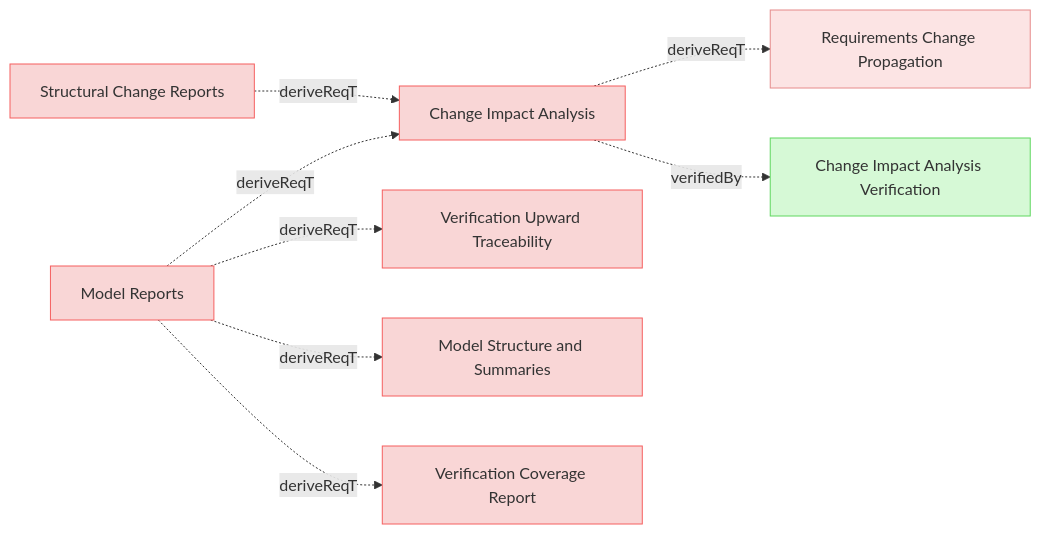
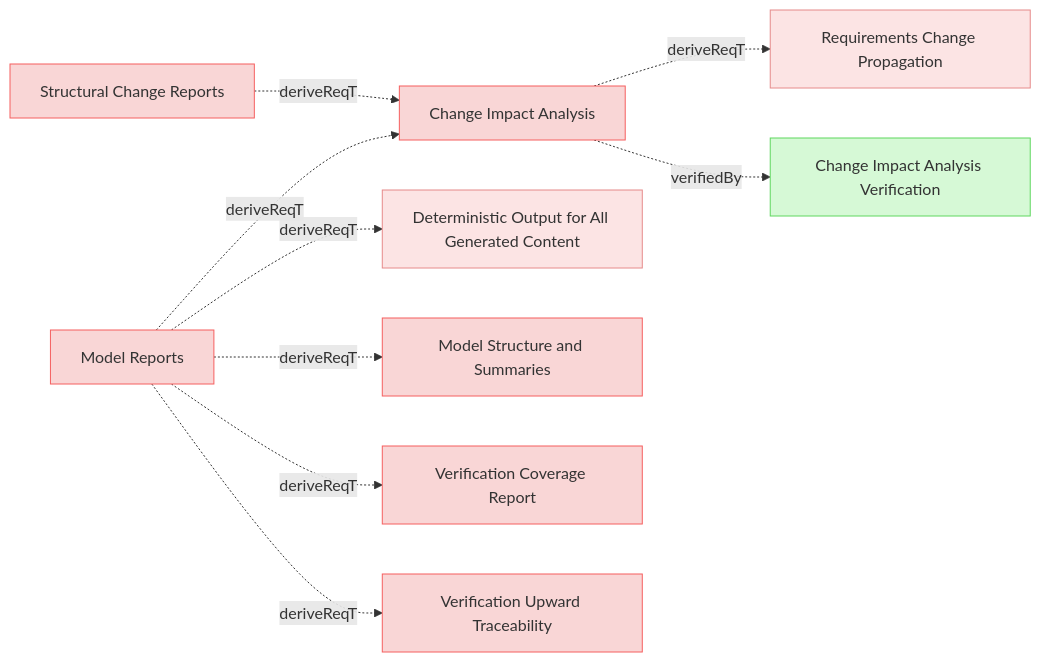
One commit to reqvire-org/reqvire changed the eighth of 11 diagrams in specifications/UserRequirements.md. Above: the diagram before and after it, drawn with Mermaid. The commit also changed other lines of this file and 45 other files, not shown here.

First line of the commit message:
Implement deterministic output and branching redundancy detection

````diff
--- a/specifications/UserRequirements.md
+++ b/specifications/UserRequirements.md
@@ -1141,41 +1145,45 @@
 ```mermaid
 graph LR;
   %% REQVIRE-AUTOGENERATED-DIAGRAM
   %% Graph styling
   classDef userRequirement fill:#f9d6d6,stroke:#f55f5f,stroke-width:1px;
   classDef systemRequirement fill:#fce4e4,stroke:#e68a8a,stroke-width:1px;
   classDef verification fill:#d6f9d6,stroke:#5fd75f,stroke-width:1px;
   classDef default fill:#f5f5f5,stroke:#333333,stroke-width:1px;
 
   9933cac5853a8584["Change Impact Analysis"];
   class 9933cac5853a8584 userRequirement;
   click 9933cac5853a8584 "UserRequirements.md#change-impact-analysis";
   2054606d7574a553["Requirements Change Propagation"];
   class 2054606d7574a553 systemRequirement;
   click 2054606d7574a553 "SpecificationsRequirements.md#requirements-change-propagation";
   9933cac5853a8584 -.->|deriveReqT| 2054606d7574a553;
   b72d56e7e360fe6c["Change Impact Analysis Verification"];
   class b72d56e7e360fe6c verification;
   click b72d56e7e360fe6c "Verifications/ChangeImpactTests.md#change-impact-analysis-verification";
   9933cac5853a8584 -.->|verifiedBy| b72d56e7e360fe6c;
   70701096d332c0b2["Model Reports"];
   class 70701096d332c0b2 userRequirement;
   click 70701096d332c0b2 "UserRequirements.md#model-reports";
-  7ceb6b9bed1a94e1["Verification Upward Traceability"];
-  class 7ceb6b9bed1a94e1 userRequirement;
-  click 7ceb6b9bed1a94e1 "UserRequirements.md#verification-upward-traceability";
-  70701096d332c0b2 -.->|deriveReqT| 7ceb6b9bed1a94e1;
+  c1bbfdadfce7e10a["Deterministic Output for All Generated Content"];
+  class c1bbfdadfce7e10a systemRequirement;
+  click c1bbfdadfce7e10a "ReqvireTool/ValidationAndReporting/Reports.md#deterministic-output-for-all-generated-content";
+  70701096d332c0b2 -.->|deriveReqT| c1bbfdadfce7e10a;
   70701096d332c0b2 -.->|deriveReqT| 9933cac5853a8584;
   ad6f7a2d41d80a38["Model Structure and Summaries"];
   class ad6f7a2d41d80a38 userRequirement;
   click ad6f7a2d41d80a38 "UserRequirements.md#model-structure-and-summaries";
   70701096d332c0b2 -.->|deriveReqT| ad6f7a2d41d80a38;
   f7a606aa79ba438["Verification Coverage Report"];
   class f7a606aa79ba438 userRequirement;
   click f7a606aa79ba438 "UserRequirements.md#verification-coverage-report";
   70701096d332c0b2 -.->|deriveReqT| f7a606aa79ba438;
+  7ceb6b9bed1a94e1["Verification Upward Traceability"];
+  class 7ceb6b9bed1a94e1 userRequirement;
+  click 7ceb6b9bed1a94e1 "UserRequirements.md#verification-upward-traceability";
+  70701096d332c0b2 -.->|deriveReqT| 7ceb6b9bed1a94e1;
   1908501a80db5c46["Structural Change Reports"];
   class 1908501a80db5c46 userRequirement;
   click 1908501a80db5c46 "UserRequirements.md#structural-change-reports";
   1908501a80db5c46 -.->|deriveReqT| 9933cac5853a8584;
 ```
````
